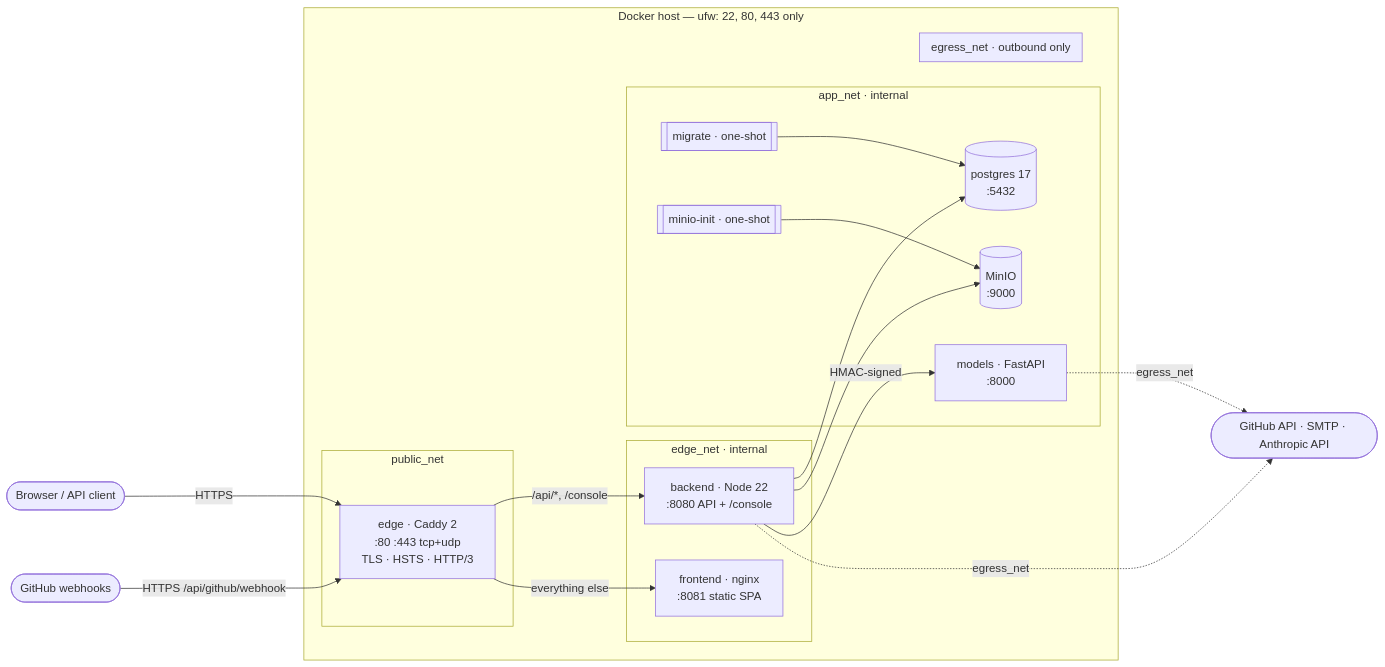
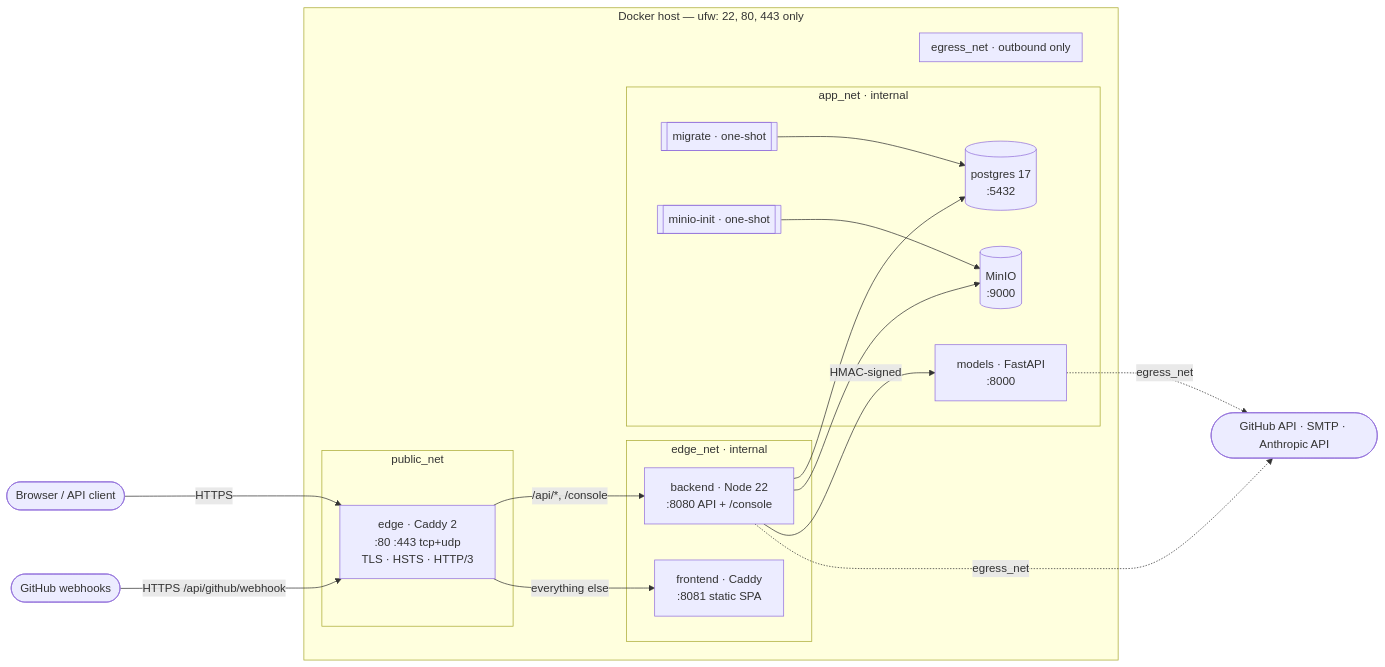
One commit to abongwacelestin-jasper/DEVhQQ changed the first of 2 diagrams in docs/deploy/ARCHITECTURE.md. Above: the diagram before and after it, drawn with Mermaid. The commit also changed other lines of this file and 16 other files, not shown here.

````diff
--- a/docs/deploy/ARCHITECTURE.md
+++ b/docs/deploy/ARCHITECTURE.md
@@ -8,37 +13,37 @@
 ```mermaid
 flowchart LR
   user([Browser / API client])
   gh([GitHub webhooks])
   ext([GitHub API · SMTP · Anthropic API])
 
   subgraph host[Docker host — ufw: 22, 80, 443 only]
     subgraph public_net[public_net]
       edge[edge · Caddy 2<br/>:80 :443 tcp+udp<br/>TLS · HSTS · HTTP/3]
     end
     subgraph edge_net[edge_net · internal]
-      frontend[frontend · nginx<br/>:8081 static SPA]
+      frontend[frontend · Caddy<br/>:8081 static SPA]
       backend[backend · Node 22<br/>:8080 API + /console]
     end
     subgraph app_net[app_net · internal]
       migrate[[migrate · one-shot]]
       minioinit[[minio-init · one-shot]]
       postgres[(postgres 17<br/>:5432)]
       minio[(MinIO<br/>:9000)]
       models[models · FastAPI<br/>:8000]
     end
     subgraph egress_net[egress_net · outbound only]
     end
   end
 
   user -- HTTPS --> edge
   gh -- HTTPS /api/github/webhook --> edge
   edge -- "/api/*, /console" --> backend
   edge -- "everything else" --> frontend
   backend --> postgres
   backend --> minio
   backend -- HMAC-signed --> models
   migrate --> postgres
   minioinit --> minio
   backend -. egress_net .-> ext
   models -. egress_net .-> ext
 ```
````
